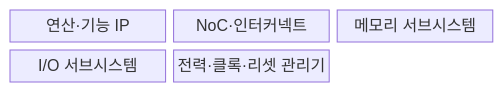
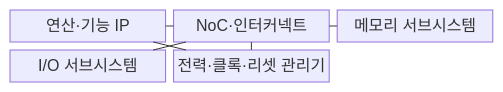
One commit to agnusdei1207/knowledge-base changed the first of 2 diagrams in src/content/docs/notes/02-hardware/038_system_on_chip.md. Above: the diagram before and after it, drawn with Mermaid. The commit also changed other lines of this file and 20 other files, not shown here.

````diff
--- a/src/content/docs/notes/02-hardware/038_system_on_chip.md
+++ b/src/content/docs/notes/02-hardware/038_system_on_chip.md
@@ -70,9 +70,14 @@
 ```mermaid
 block
     columns 3
     IP["연산·기능 IP"]
     NOC["NoC·인터커넥트"]
     MEM["메모리 서브시스템"]
     IO["I/O 서브시스템"]
     PM["전력·클록·리셋 관리기"]
+    IP --- NOC
+    NOC --- MEM
+    NOC --- IO
+    PM --- IP
+    PM --- NOC
 ```
````
